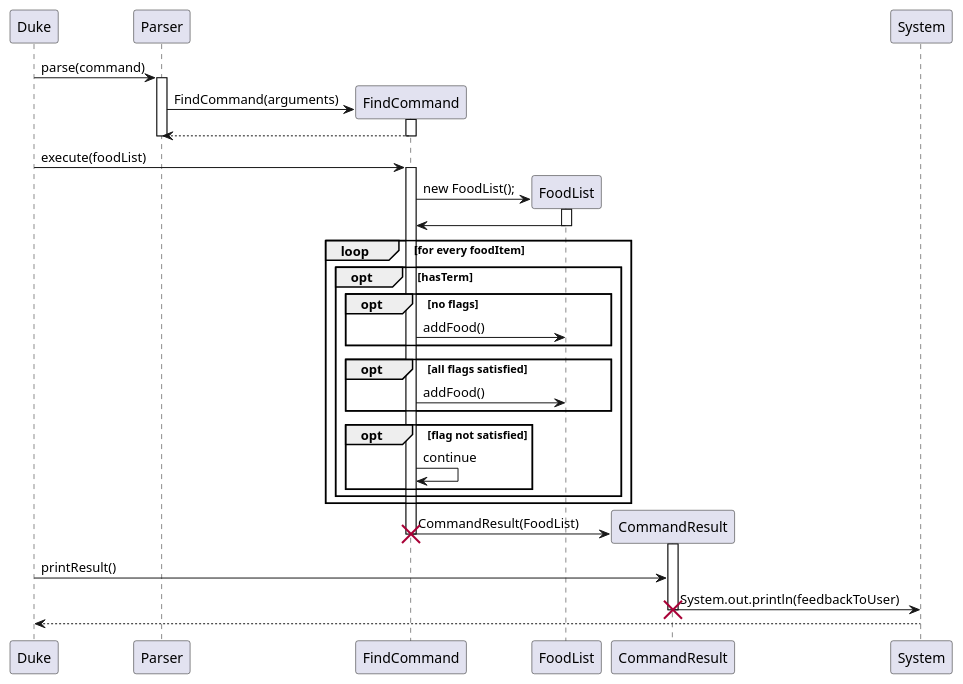
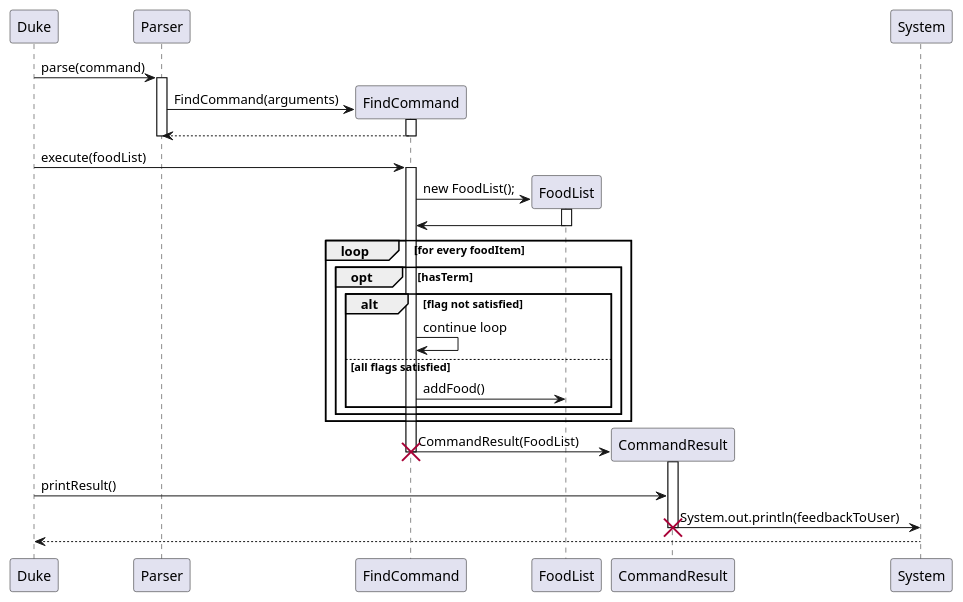
Before and after one commit to tsx0314/tp: the diagram in docs/puml/FindCommandSequenceDiagram.puml, drawn with PlantUML. The commit also changed 3 other files, not shown here.

```diff
--- a/docs/puml/FindCommandSequenceDiagram.puml
+++ b/docs/puml/FindCommandSequenceDiagram.puml
@@ -1,51 +1,45 @@
 @startuml
 
 Duke -> Parser: parse(command)
 activate Parser
 
 create FindCommand
 FindCommand <- Parser : FindCommand(arguments)
 activate FindCommand
 FindCommand --> Parser
 deactivate FindCommand
 deactivate Parser
 
 Duke -> FindCommand : execute(foodList)
 activate FindCommand
 
 create FoodList as Result
 FindCommand -> Result: new FoodList();
 activate Result
 Result -> FindCommand
 deactivate Result
 
 loop for every foodItem
     opt hasTerm
-        opt no flags
+        alt flag not satisfied
+             FindCommand -> FindCommand: continue loop
+        else all flags satisfied
             FindCommand -> Result: addFood()
-        end
-
-        opt all flags satisfied
-            FindCommand -> Result: addFood()
-        end
-
-        opt flag not satisfied
-             FindCommand -> FindCommand: continue
         end
     end
 end
 
 
 create CommandResult
 FindCommand -> CommandResult : CommandResult(FoodList)
 activate CommandResult
 deactivate FindCommand
 destroy FindCommand
 
 Duke -> CommandResult: printResult()
 CommandResult->System: System.out.println(feedbackToUser)
 deactivate CommandResult
 destroy CommandResult
 
 System --> Duke
 @enduml
```
